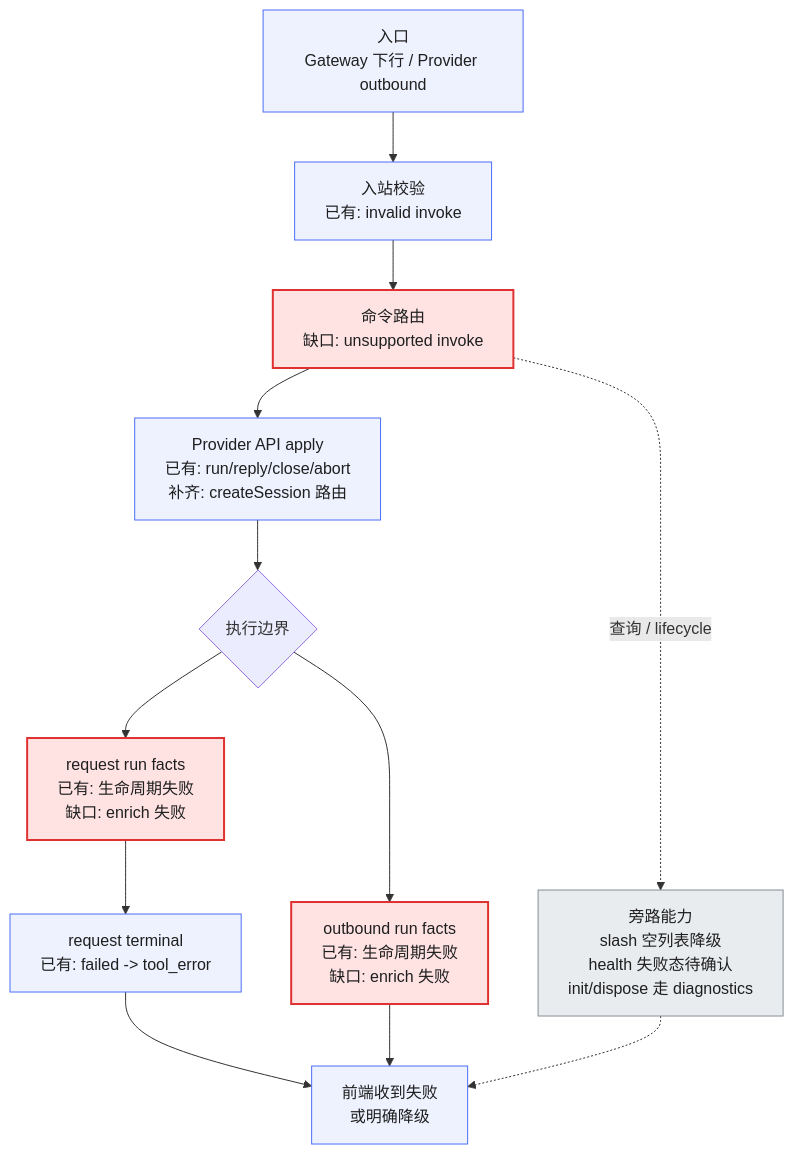
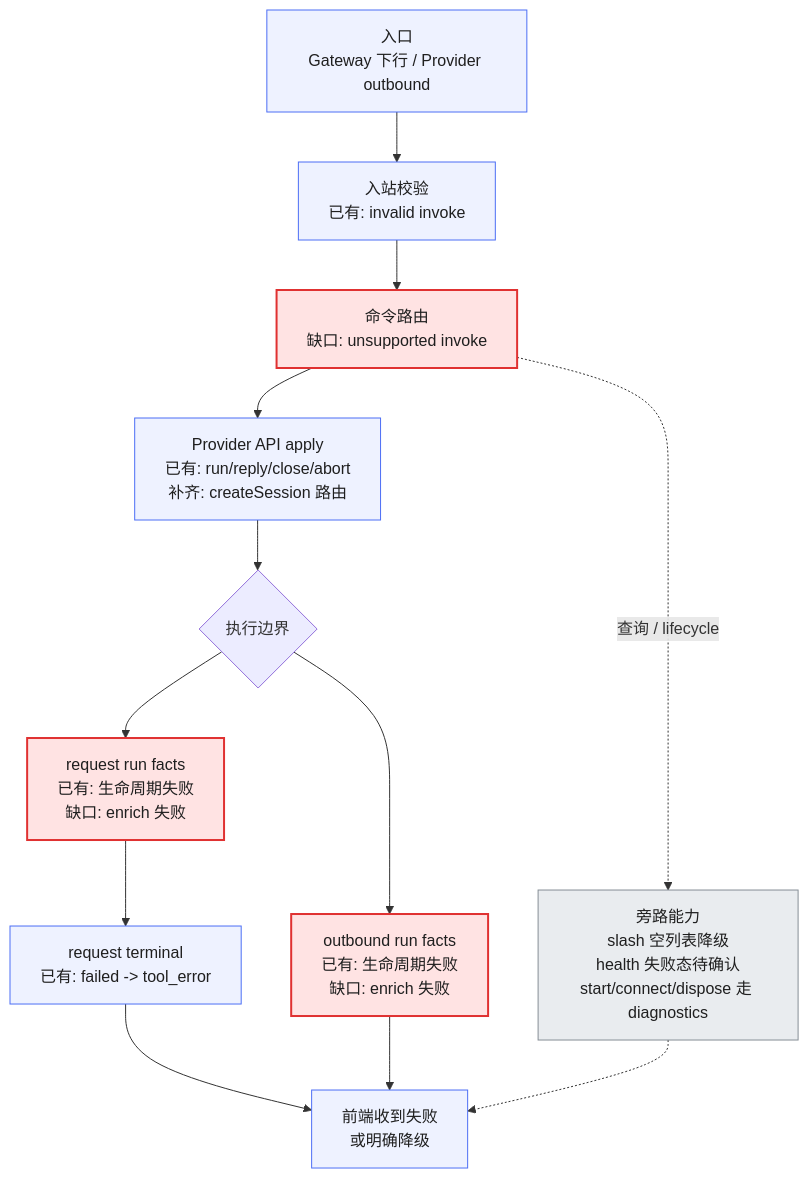
One commit to yuzhangCZ/agent-plugin changed the first of 4 diagrams in docs/design/bridge-runtime-sdk-tool-error-exception-solution.md. Above: the diagram before and after it, drawn with Mermaid. The commit also changed other lines of this file and 14 other files, not shown here.

````diff
--- a/docs/design/bridge-runtime-sdk-tool-error-exception-solution.md
+++ b/docs/design/bridge-runtime-sdk-tool-error-exception-solution.md
@@ -35,22 +35,22 @@
 ```mermaid
 flowchart TD
     A["入口<br/>Gateway 下行 / Provider outbound"] --> B["入站校验<br/>已有: invalid invoke"]
     B --> C["命令路由<br/>缺口: unsupported invoke"]
     C --> D["Provider API apply<br/>已有: run/reply/close/abort<br/>补齐: createSession 路由"]
     D --> E{"执行边界"}
     E --> F["request run facts<br/>已有: 生命周期失败<br/>缺口: enrich 失败"]
     F --> G["request terminal<br/>已有: failed -> tool_error"]
     E --> H["outbound run facts<br/>已有: 生命周期失败<br/>缺口: enrich 失败"]
     G --> Z["前端收到失败<br/>或明确降级"]
     H --> Z
 
-    C -. 查询 / lifecycle .-> I["旁路能力<br/>slash 空列表降级<br/>health 失败态待确认<br/>init/dispose 走 diagnostics"]
+    C -. 查询 / lifecycle .-> I["旁路能力<br/>slash 空列表降级<br/>health 失败态待确认<br/>start/connect/dispose 走 diagnostics"]
     I -.-> Z
 
     classDef existing fill:#eef2ff,stroke:#4c6ef5,color:#1f1f1f;
     classDef missing fill:#ffe3e3,stroke:#e03131,stroke-width:2px,color:#1f1f1f;
     classDef noToolError fill:#e9ecef,stroke:#868e96,color:#1f1f1f;
     class A,B,D,G,Z existing;
     class C,F,H missing;
     class I noToolError;
 ```
````
